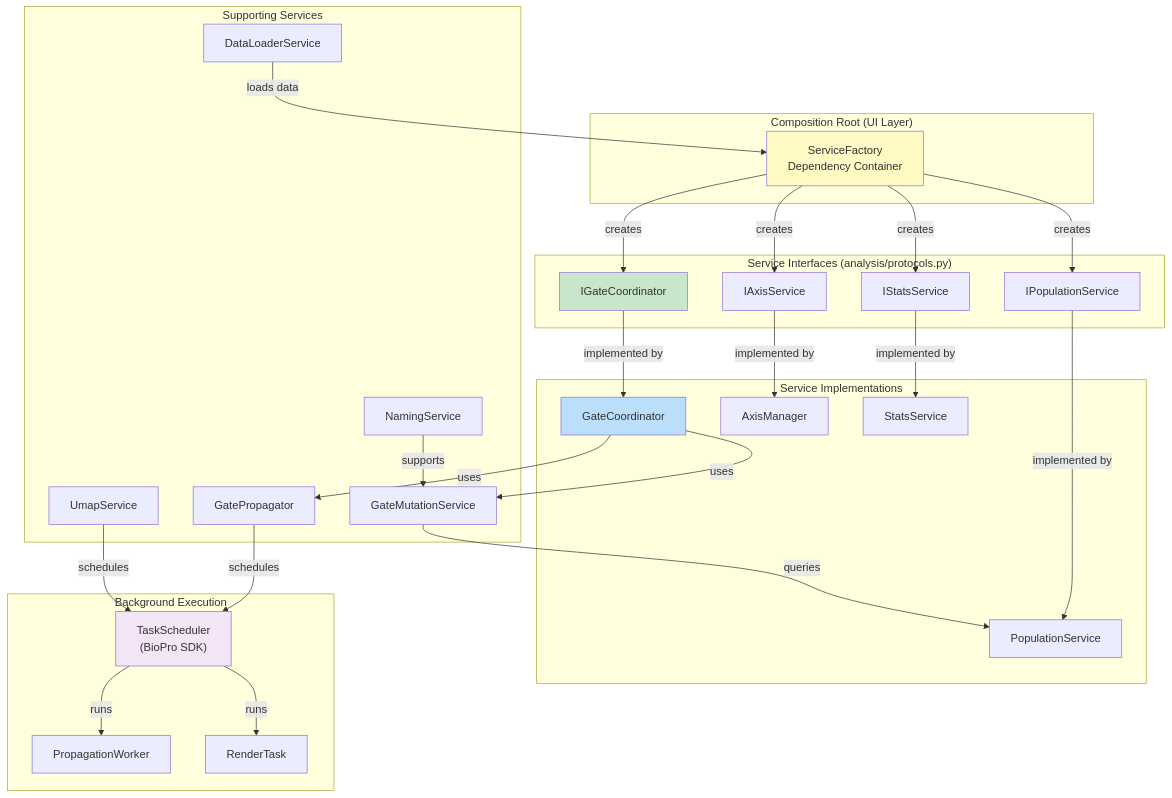
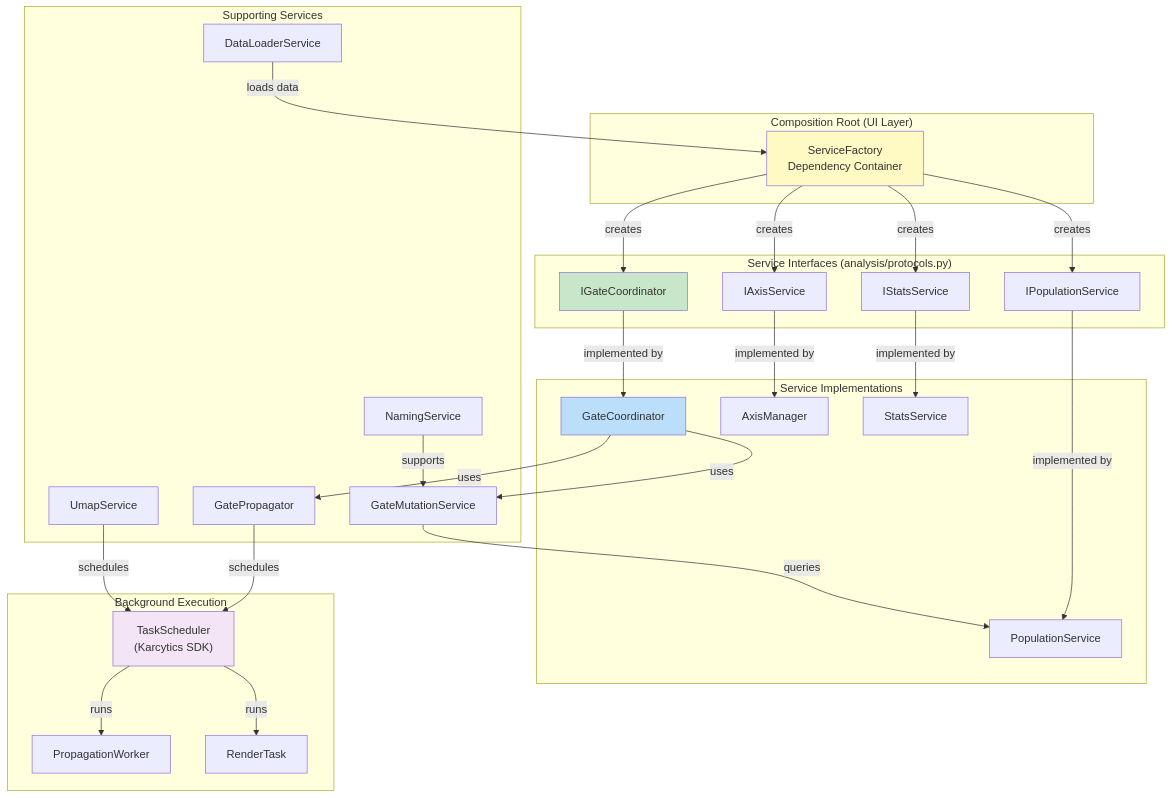
Before and after one commit to KalaimaranB/BioPro-flow-cytometry: the diagram in docs/developer/04_SERVICES_AND_DEPENDENCY_INJECTION.md, drawn with Mermaid. The commit also changed other lines of this file and 398 other files, not shown here.

Commit message:
Migration from BioPro to Karcytics nomenclature

````diff
--- a/docs/developer/04_SERVICES_AND_DEPENDENCY_INJECTION.md
+++ b/docs/developer/04_SERVICES_AND_DEPENDENCY_INJECTION.md
@@ -11,60 +11,60 @@
 ```mermaid
 graph TB
     subgraph "Composition Root (UI Layer)"
         SF["ServiceFactory<br/>Dependency Container"]
     end
 
     subgraph "Service Interfaces (analysis/protocols.py)"
         IGC["IGateCoordinator"]
         IPS["IPopulationService"]
         IAS["IAxisService"]
         ISS["IStatsService"]
     end
 
     subgraph "Service Implementations"
         GC["GateCoordinator"]
         PS["PopulationService"]
         AS["AxisManager"]
         SS["StatsService"]
     end
 
     subgraph "Supporting Services"
         GMS["GateMutationService"]
         GP["GatePropagator"]
         NS["NamingService"]
         US["UmapService"]
         DLS["DataLoaderService"]
     end
 
     subgraph "Background Execution"
-        TS["TaskScheduler<br/>(BioPro SDK)"]
+        TS["TaskScheduler<br/>(Karcytics SDK)"]
         PW["PropagationWorker"]
         RW["RenderTask"]
     end
 
     SF -->|creates| IGC
     SF -->|creates| IPS
     SF -->|creates| IAS
     SF -->|creates| ISS
 
     IGC -->|implemented by| GC
     IPS -->|implemented by| PS
     IAS -->|implemented by| AS
     ISS -->|implemented by| SS
 
     GC -->|uses| GMS
     GC -->|uses| GP
     GMS -->|queries| PS
     GP -->|schedules| TS
     TS -->|runs| PW
     TS -->|runs| RW
 
     NS -->|supports| GMS
     US -->|schedules| TS
     DLS -->|loads data| SF
 
     style SF fill:#fff9c4
     style IGC fill:#c8e6c9
     style GC fill:#bbdefb
     style TS fill:#f3e5f5
 ```
````
